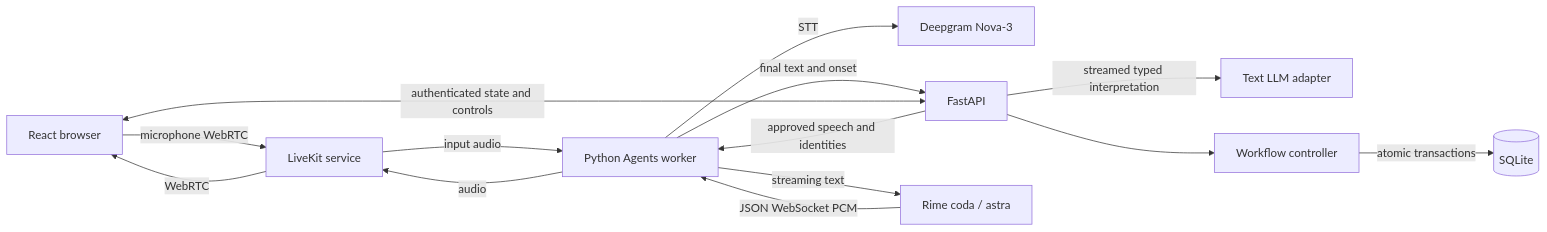
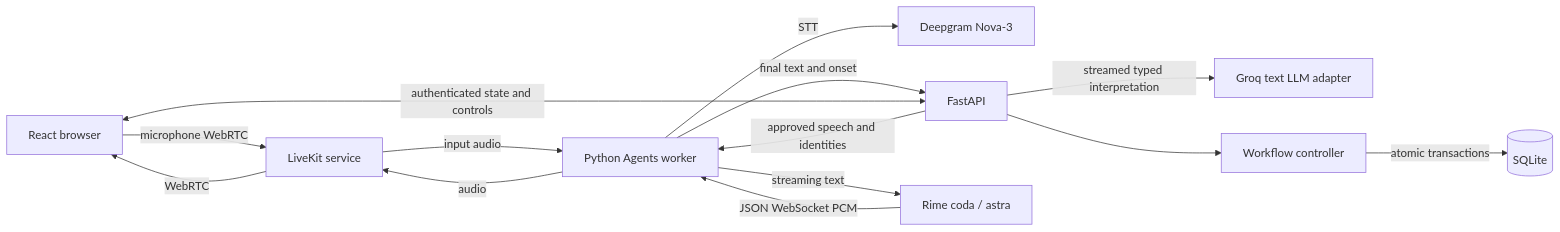
The diagram in docs/ARCHITECTURE.md (himanshu-0033/dataforge), drawn with Mermaid before and after one commit. The commit also changed other lines of this file and 20 other files, not shown here.

Commit message:
feat: use Groq for text inference and verify live provider setup

````diff
--- a/docs/ARCHITECTURE.md
+++ b/docs/ARCHITECTURE.md
@@ -5,16 +5,16 @@
 ```mermaid
 flowchart LR
     Browser[React browser] -->|microphone WebRTC| LiveKit[LiveKit service]
     LiveKit -->|input audio| Worker[Python Agents worker]
     Worker -->|STT| Deepgram[Deepgram Nova-3]
     Worker -->|final text and onset| API[FastAPI]
-    API -->|streamed typed interpretation| LLM[Text LLM adapter]
+    API -->|streamed typed interpretation| LLM[Groq text LLM adapter]
     API --> Controller[Workflow controller]
     Controller -->|atomic transactions| DB[(SQLite)]
     API -->|approved speech and identities| Worker
     Worker -->|streaming text| Rime[Rime coda / astra]
     Rime -->|JSON WebSocket PCM| Worker
     Worker -->|audio| LiveKit
     LiveKit -->|WebRTC| Browser
     Browser <-->|authenticated state and controls| API
 ```
````
